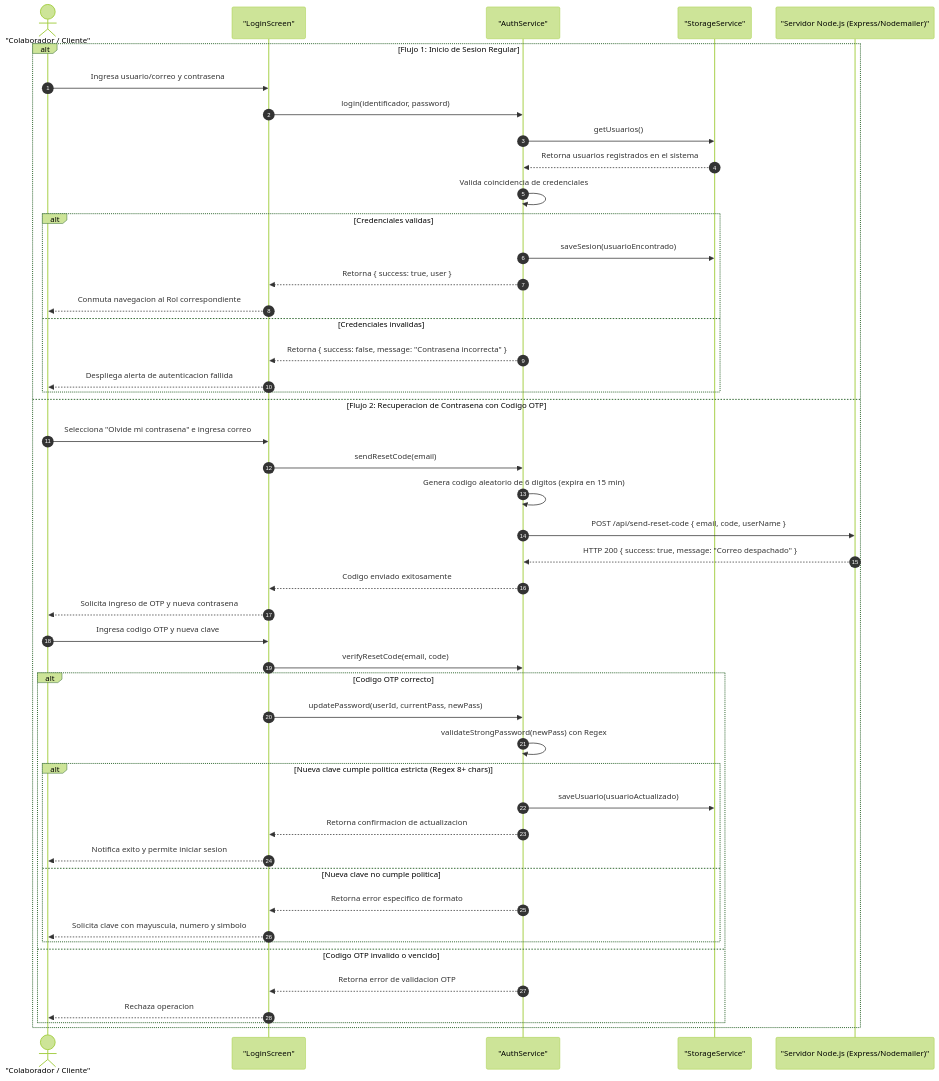
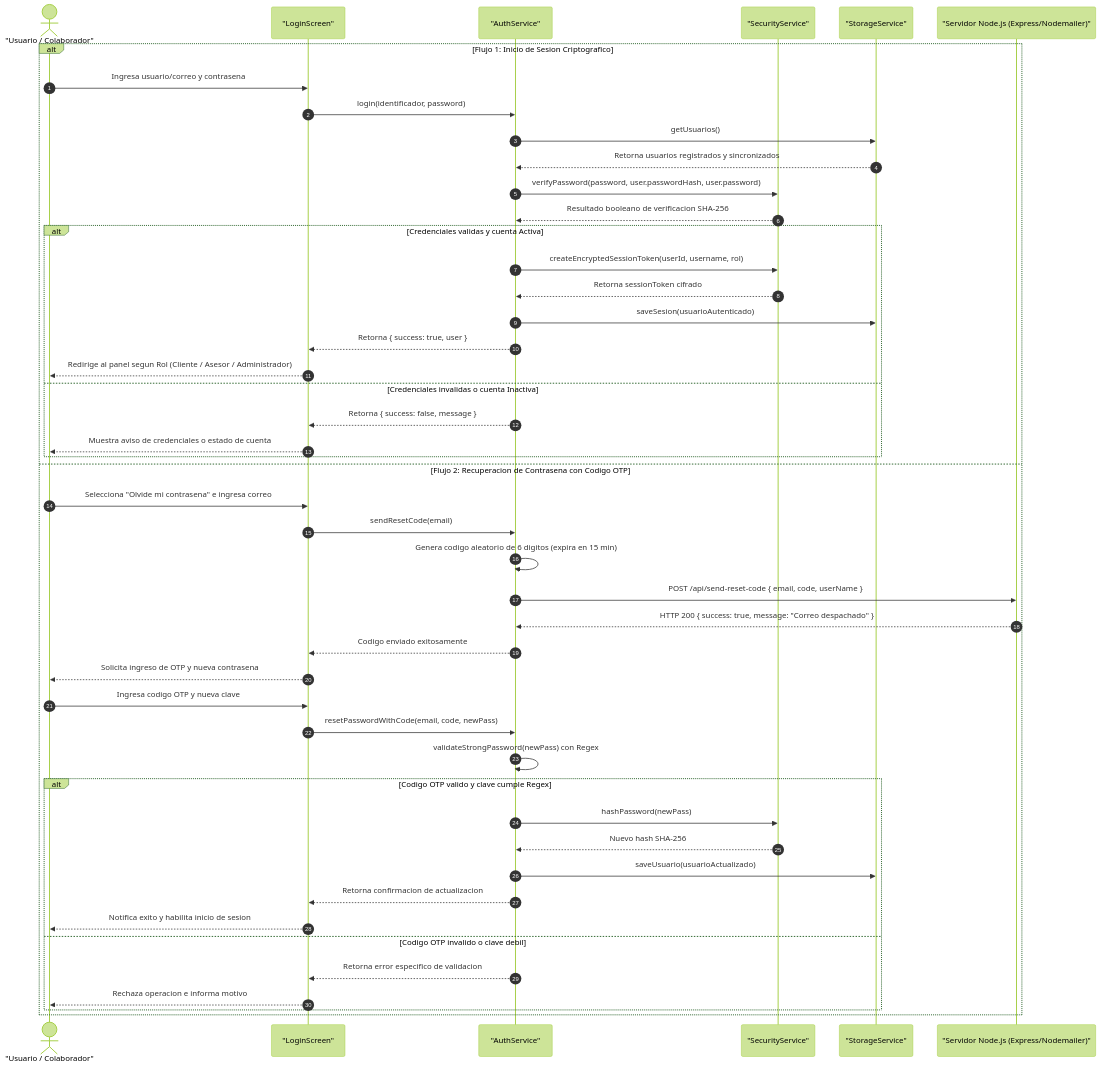
Before and after one commit to EduMoralesCar/HuriosRally-App: the fourth of 9 diagrams in docs/diagramas_ingenieria.md, drawn with Mermaid (forest theme). The commit also changed other lines of this file, not shown here.

Commit message:
docs(uml): actualizar diagramas de arquitectura SDK 58, rol Administrador y servicio criptografico SHA-256

````diff
--- a/docs/diagramas_ingenieria.md
+++ b/docs/diagramas_ingenieria.md
@@ -191,52 +203,52 @@
 ```mermaid
 sequenceDiagram
   autonumber
-  actor Colaborador as "Colaborador / Cliente"
+  actor Usuario as "Usuario / Colaborador"
   participant Login as "LoginScreen"
   participant Auth as "AuthService"
+  participant Sec as "SecurityService"
   participant Storage as "StorageService"
   participant SMTP as "Servidor Node.js (Express/Nodemailer)"
 
-  alt Flujo 1: Inicio de Sesion Regular
-    Colaborador->>Login: Ingresa usuario/correo y contrasena
+  alt Flujo 1: Inicio de Sesion Criptografico
+    Usuario->>Login: Ingresa usuario/correo y contrasena
     Login->>Auth: login(identificador, password)
     Auth->>Storage: getUsuarios()
-    Storage-->>Auth: Retorna usuarios registrados en el sistema
-    Auth->>Auth: Valida coincidencia de credenciales
-    alt Credenciales validas
-      Auth->>Storage: saveSesion(usuarioEncontrado)
+    Storage-->>Auth: Retorna usuarios registrados y sincronizados
+    Auth->>Sec: verifyPassword(password, user.passwordHash, user.password)
+    Sec-->>Auth: Resultado booleano de verificacion SHA-256
+    alt Credenciales validas y cuenta Activa
+      Auth->>Sec: createEncryptedSessionToken(userId, username, rol)
+      Sec-->>Auth: Retorna sessionToken cifrado
+      Auth->>Storage: saveSesion(usuarioAutenticado)
       Auth-->>Login: Retorna { success: true, user }
-      Login-->>Colaborador: Conmuta navegacion al Rol correspondiente
-    else Credenciales invalidas
-      Auth-->>Login: Retorna { success: false, message: "Contrasena incorrecta" }
-      Login-->>Colaborador: Despliega alerta de autenticacion fallida
+      Login-->>Usuario: Redirige al panel segun Rol (Cliente / Asesor / Administrador)
+    else Credenciales invalidas o cuenta Inactiva
+      Auth-->>Login: Retorna { success: false, message }
+      Login-->>Usuario: Muestra aviso de credenciales o estado de cuenta
     end
 
   else Flujo 2: Recuperacion de Contrasena con Codigo OTP
-    Colaborador->>Login: Selecciona "Olvide mi contrasena" e ingresa correo
+    Usuario->>Login: Selecciona "Olvide mi contrasena" e ingresa correo
     Login->>Auth: sendResetCode(email)
     Auth->>Auth: Genera codigo aleatorio de 6 digitos (expira en 15 min)
     Auth->>SMTP: POST /api/send-reset-code { email, code, userName }
     SMTP-->>Auth: HTTP 200 { success: true, message: "Correo despachado" }
     Auth-->>Login: Codigo enviado exitosamente
-    Login-->>Colaborador: Solicita ingreso de OTP y nueva contrasena
+    Login-->>Usuario: Solicita ingreso de OTP y nueva contrasena
 
-    Colaborador->>Login: Ingresa codigo OTP y nueva clave
-    Login->>Auth: verifyResetCode(email, code)
-    alt Codigo OTP correcto
-      Login->>Auth: updatePassword(userId, currentPass, newPass)
-      Auth->>Auth: validateStrongPassword(newPass) con Regex
-      alt Nueva clave cumple politica estricta (Regex 8+ chars)
-        Auth->>Storage: saveUsuario(usuarioActualizado)
-        Auth-->>Login: Retorna confirmacion de actualizacion
-        Login-->>Colaborador: Notifica exito y permite iniciar sesion
-      else Nueva clave no cumple politica
-        Auth-->>Login: Retorna error especifico de formato
-        Login-->>Colaborador: Solicita clave con mayuscula, numero y simbolo
-      end
-    else Codigo OTP invalido o vencido
-      Auth-->>Login: Retorna error de validacion OTP
-      Login-->>Colaborador: Rechaza operacion
+    Usuario->>Login: Ingresa codigo OTP y nueva clave
+    Login->>Auth: resetPasswordWithCode(email, code, newPass)
+    Auth->>Auth: validateStrongPassword(newPass) con Regex
+    alt Codigo OTP valido y clave cumple Regex
+      Auth->>Sec: hashPassword(newPass)
+      Sec-->>Auth: Nuevo hash SHA-256
+      Auth->>Storage: saveUsuario(usuarioActualizado)
+      Auth-->>Login: Retorna confirmacion de actualizacion
+      Login-->>Usuario: Notifica exito y habilita inicio de sesion
+    else Codigo OTP invalido o clave debil
+      Auth-->>Login: Retorna error especifico de validacion
+      Login-->>Usuario: Rechaza operacion e informa motivo
     end
   end
 ```
````
